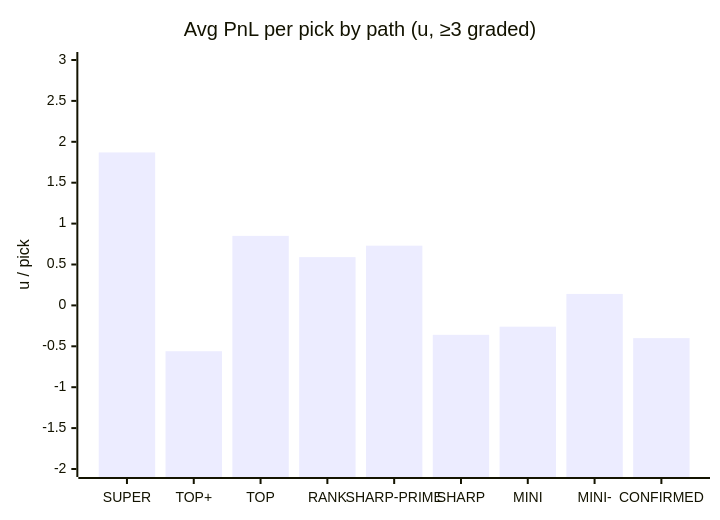
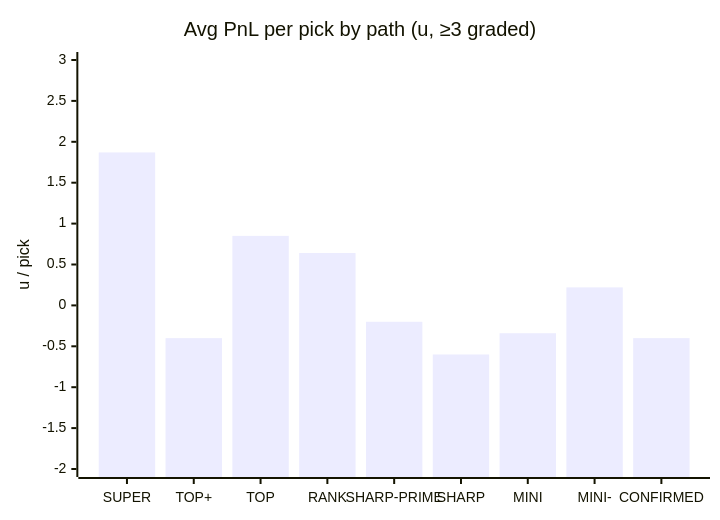
One commit to dpk1212/nhl-savant changed the third of 5 diagrams in DAILY_AGSU_REPORT.md. Above: the diagram before and after it, drawn with Mermaid. The commit also changed other lines of this file, not shown here.

````diff
--- a/DAILY_AGSU_REPORT.md
+++ b/DAILY_AGSU_REPORT.md
@@ -338,7 +339,7 @@
 ```mermaid
 xychart-beta
     title "Avg PnL per pick by path (u, ≥3 graded)"
     x-axis ["SUPER", "TOP+", "TOP", "RANK", "SHARP-PRIME", "SHARP", "MINI", "MINI-", "CONFIRMED"]
     y-axis "u / pick" -2 --> 3
-    bar [1.87, -0.56, 0.85, 0.59, 0.73, -0.36, -0.26, 0.14, -0.4]
+    bar [1.87, -0.4, 0.85, 0.64, -0.2, -0.6, -0.34, 0.22, -0.4]
 ```
````
